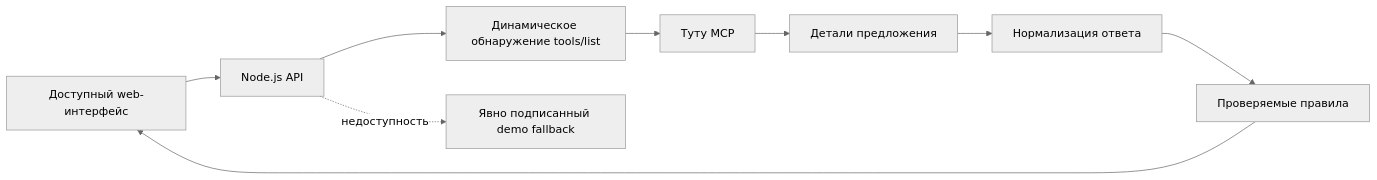
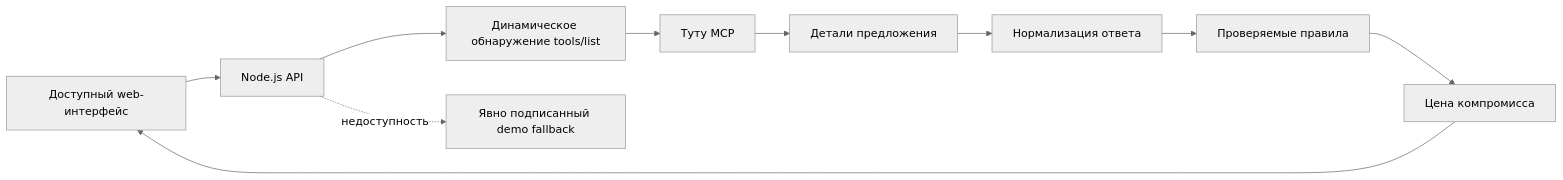
One commit to aidafonda/tutu-mozhno changed the diagram in README.md. Above: the diagram before and after it, drawn with Mermaid (neutral theme). The commit also changed other lines of this file and 11 other files, not shown here.

````diff
--- a/README.md
+++ b/README.md
@@ -53,11 +53,12 @@
 ```mermaid
 flowchart LR
     UI[Доступный web-интерфейс] --> API[Node.js API]
     API --> DISCOVERY[Динамическое обнаружение tools/list]
     DISCOVERY --> MCP[Туту MCP]
     MCP --> DETAILS[Детали предложения]
     DETAILS --> NORMALIZE[Нормализация ответа]
     NORMALIZE --> RULES[Проверяемые правила]
-    RULES --> UI
+    RULES --> DECISION[Цена компромисса]
+    DECISION --> UI
     API -. недоступность .-> DEMO[Явно подписанный demo fallback]
 ```
````
